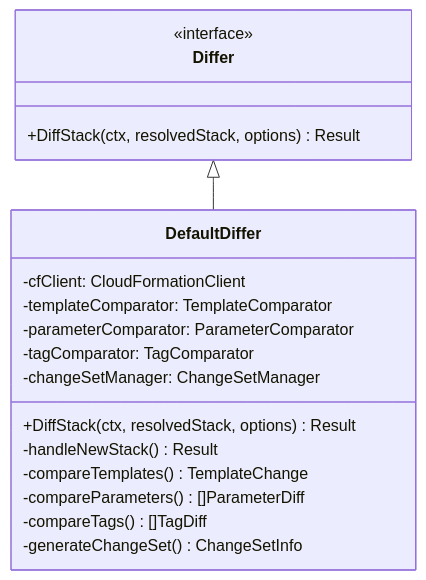
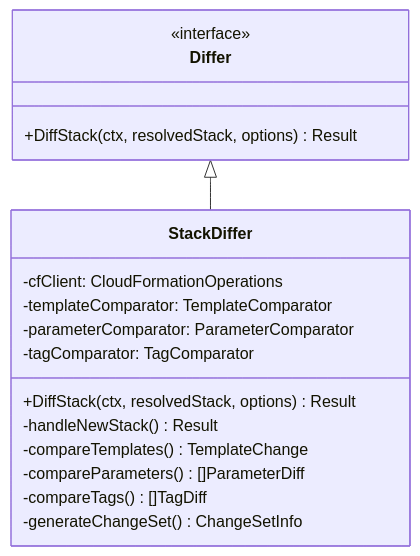
Before and after one commit to orien/stackaroo: the third of 10 diagrams in docs/architecture/diff.md, drawn with Mermaid. The commit also changed other lines of this file and 2 other files, not shown here.

First line of the commit message:
docs: fix struct names and add deploy module architecture

````diff
--- a/docs/architecture/diff.md
+++ b/docs/architecture/diff.md
@@ -92,23 +92,22 @@
 ```mermaid
 classDiagram
     class Differ {
         <<interface>>
         +DiffStack(ctx, resolvedStack, options) Result
     }
     
-    class DefaultDiffer {
-        -cfClient: CloudFormationClient
+    class StackDiffer {
+        -cfClient: CloudFormationOperations
         -templateComparator: TemplateComparator
         -parameterComparator: ParameterComparator
         -tagComparator: TagComparator
-        -changeSetManager: ChangeSetManager
         +DiffStack(ctx, resolvedStack, options) Result
         -handleNewStack() Result
         -compareTemplates() TemplateChange
         -compareParameters() []ParameterDiff
         -compareTags() []TagDiff
         -generateChangeSet() ChangeSetInfo
     }
     
-    Differ <|-- DefaultDiffer
+    Differ <|-- StackDiffer
 ```
````
